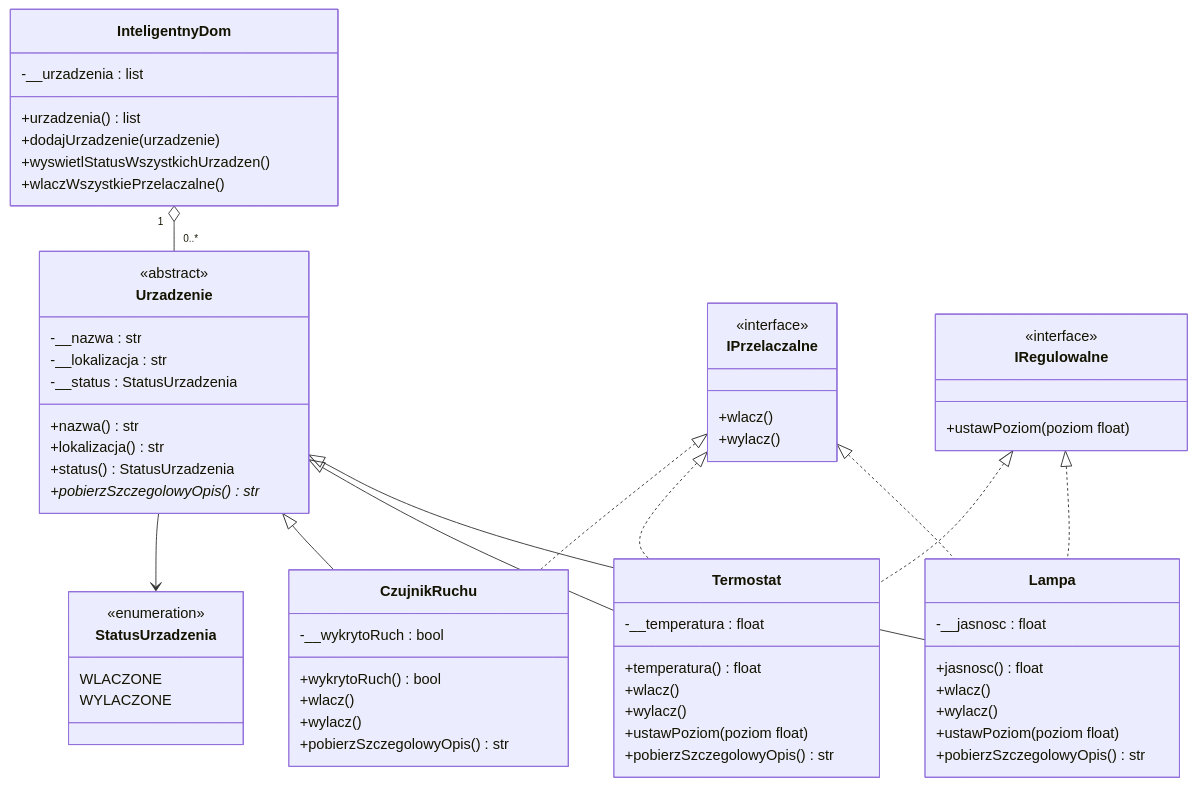
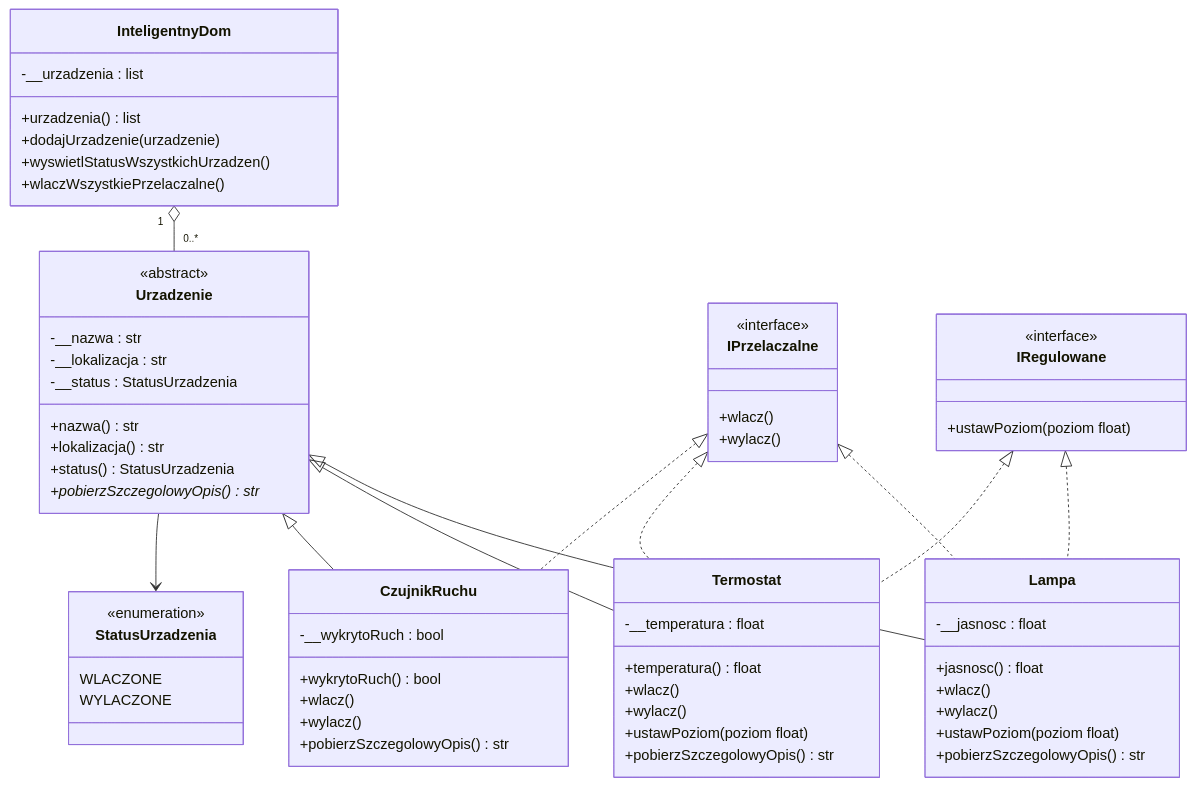
Before and after one commit to Radoslaw-Stepien/Smart-home-OOP-python: the diagram in README.md, drawn with Mermaid. The commit also changed other lines of this file and 2 other files, not shown here.

Commit message:
Fix typo: rename IRegulowalne to IRegulowane

````diff
--- a/README.md
+++ b/README.md
@@ -56,75 +56,75 @@
 ```mermaid
 classDiagram
     class StatusUrzadzenia {
         <<enumeration>>
         WLACZONE
         WYLACZONE
     }
 
     class Urzadzenie {
         <<abstract>>
         -__nazwa : str
         -__lokalizacja : str
         -__status : StatusUrzadzenia
         +nazwa() str
         +lokalizacja() str
         +status() StatusUrzadzenia
         +pobierzSzczegolowyOpis()* str
     }
 
     class InteligentnyDom {
         -__urzadzenia : list
         +urzadzenia() list
         +dodajUrzadzenie(urzadzenie)
         +wyswietlStatusWszystkichUrzadzen()
         +wlaczWszystkiePrzelaczalne()
     }
 
     class IPrzelaczalne {
         <<interface>>
         +wlacz()
         +wylacz()
     }
 
-    class IRegulowalne {
+    class IRegulowane {
         <<interface>>
         +ustawPoziom(poziom float)
     }
 
     class Lampa {
         -__jasnosc : float
         +jasnosc() float
         +wlacz()
         +wylacz()
         +ustawPoziom(poziom float)
         +pobierzSzczegolowyOpis() str
     }
 
     class Termostat {
         -__temperatura : float
         +temperatura() float
         +wlacz()
         +wylacz()
         +ustawPoziom(poziom float)
         +pobierzSzczegolowyOpis() str
     }
 
     class CzujnikRuchu {
         -__wykrytoRuch : bool
         +wykrytoRuch() bool
         +wlacz()
         +wylacz()
         +pobierzSzczegolowyOpis() str
     }
 
     Urzadzenie <|-- Lampa
     Urzadzenie <|-- Termostat
     Urzadzenie <|-- CzujnikRuchu
     IPrzelaczalne <|.. Lampa
     IPrzelaczalne <|.. Termostat
     IPrzelaczalne <|.. CzujnikRuchu
-    IRegulowalne <|.. Lampa
-    IRegulowalne <|.. Termostat
+    IRegulowane <|.. Lampa
+    IRegulowane <|.. Termostat
     InteligentnyDom "1" o-- "0..*" Urzadzenie
     Urzadzenie --> StatusUrzadzenia
 ```
````
